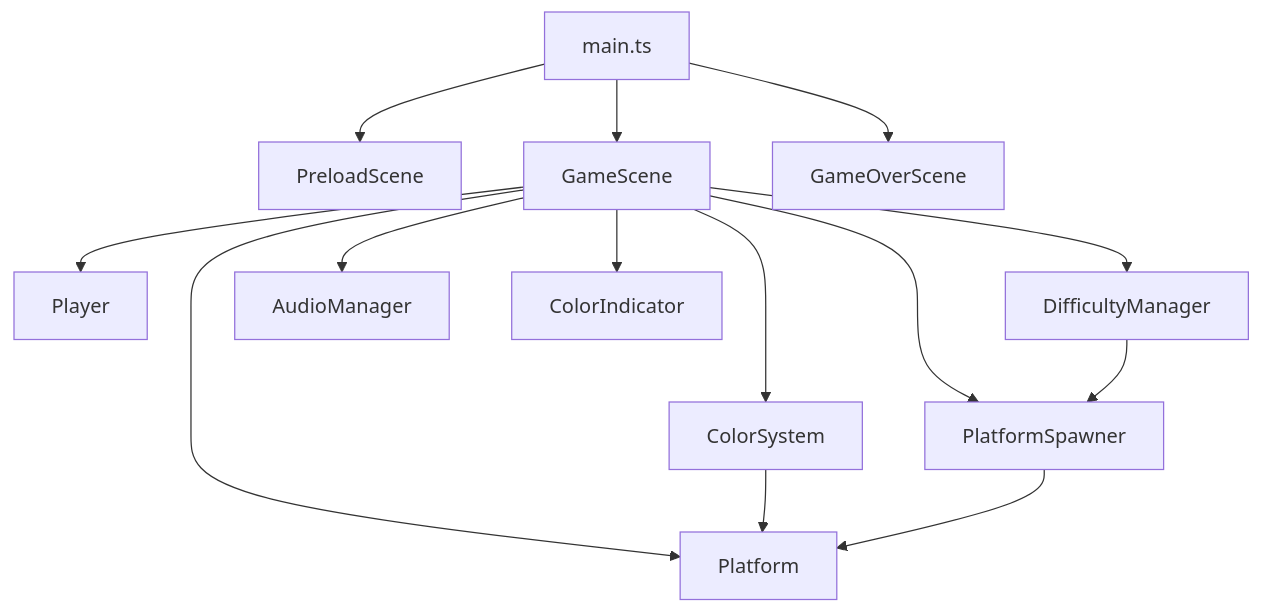
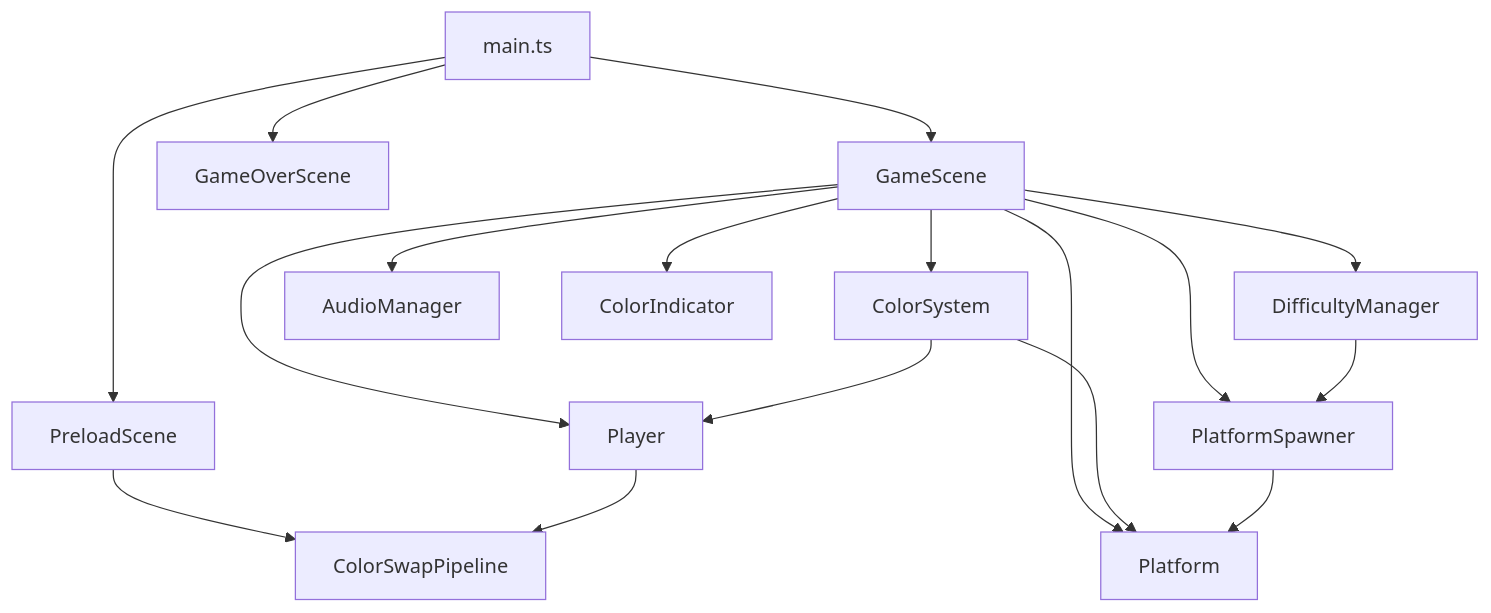
The first of 2 diagrams in docs/architecture.md (FistOfFury/Chromask), drawn with Mermaid before and after one commit. The commit also changed other lines of this file and 2 other files, not shown here.

First line of the commit message:
docs: add ColorSwapPipeline and sprite color feedback documentation

````diff
--- a/docs/architecture.md
+++ b/docs/architecture.md
@@ -7,16 +7,19 @@
 ```mermaid
 graph TD
     main[main.ts] --> PreloadScene
     main --> GameScene
     main --> GameOverScene
+    PreloadScene --> ColorSwapPipeline
     GameScene --> Player
     GameScene --> Platform
     GameScene --> ColorSystem
     GameScene --> PlatformSpawner
     GameScene --> DifficultyManager
     GameScene --> AudioManager
     GameScene --> ColorIndicator
     ColorSystem --> Platform
+    ColorSystem --> Player
+    Player --> ColorSwapPipeline
     PlatformSpawner --> Platform
     DifficultyManager --> PlatformSpawner
 ```
````
